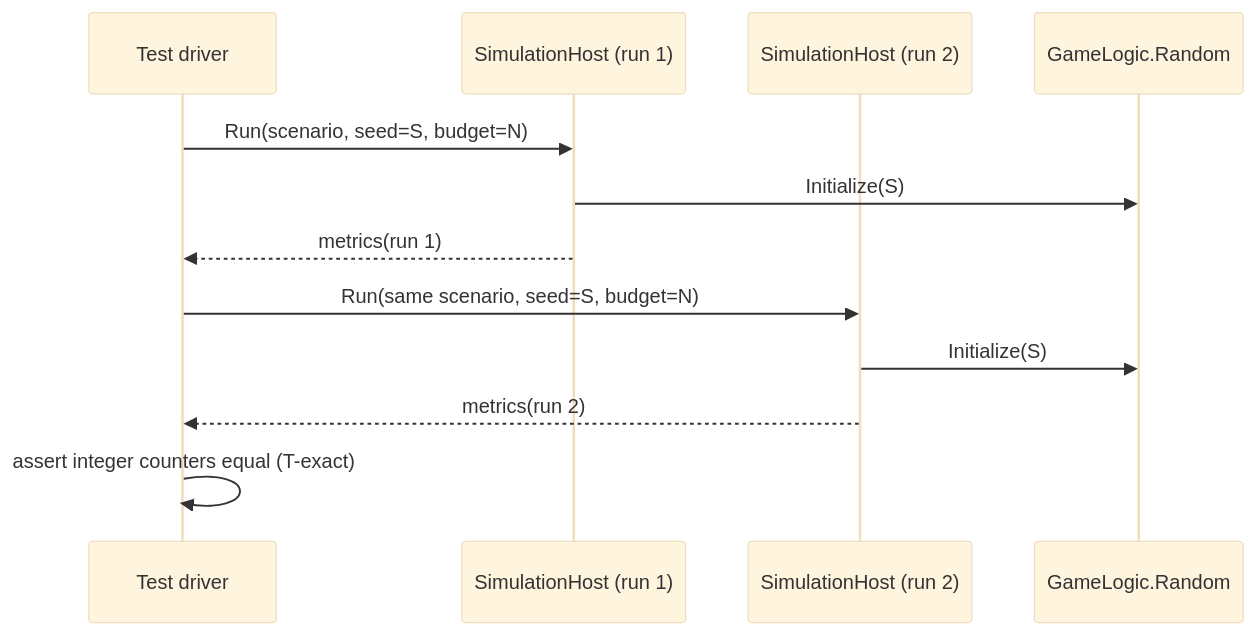
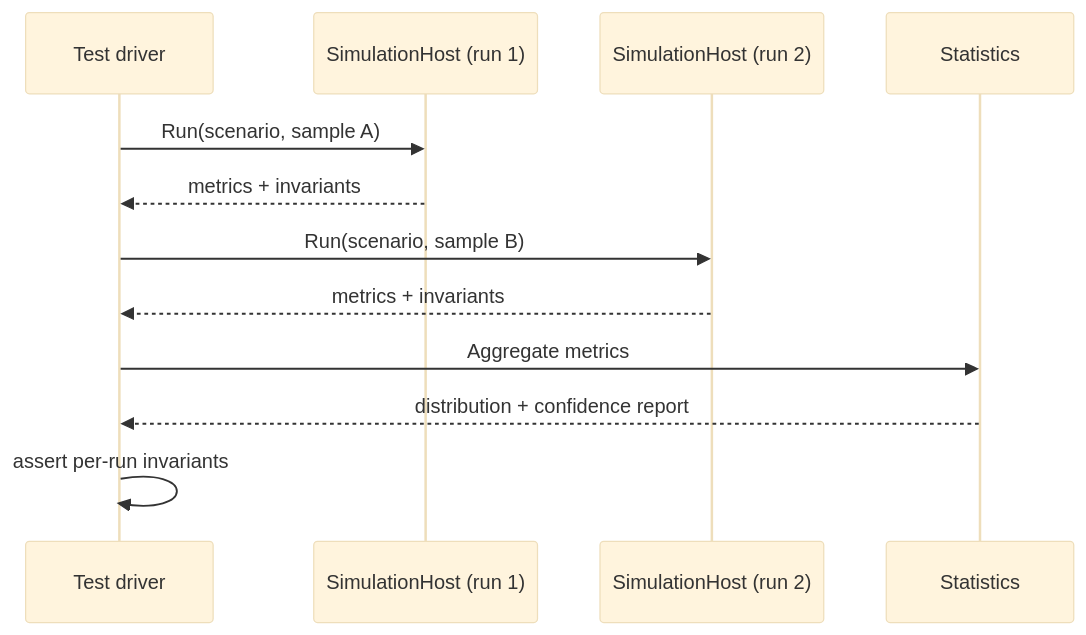
The second of 2 diagrams in docs/roadmap/deep-dives/a2-reproducibility.md (rmessinger/Panopticon), drawn with Mermaid (base theme) before and after one commit. The commit also changed other lines of this file and 57 other files, not shown here.

First line of the commit message:
docs: remove roadmap determinism requirements

````diff
--- a/docs/roadmap/deep-dives/a2-reproducibility.md
+++ b/docs/roadmap/deep-dives/a2-reproducibility.md
@@ -136,15 +120,15 @@
 ```mermaid
 sequenceDiagram
   participant Driver as Test driver
   participant HostA as SimulationHost (run 1)
   participant HostB as SimulationHost (run 2)
-  participant GL as GameLogic.Random
+  participant Stats as Statistics
 
-  Driver->>HostA: Run(scenario, seed=S, budget=N)
-  HostA->>GL: Initialize(S)
-  HostA-->>Driver: metrics(run 1)
-  Driver->>HostB: Run(same scenario, seed=S, budget=N)
-  HostB->>GL: Initialize(S)
-  HostB-->>Driver: metrics(run 2)
-  Driver->>Driver: assert integer counters equal (T-exact)
+  Driver->>HostA: Run(scenario, sample A)
+  HostA-->>Driver: metrics + invariants
+  Driver->>HostB: Run(scenario, sample B)
+  HostB-->>Driver: metrics + invariants
+  Driver->>Stats: Aggregate metrics
+  Stats-->>Driver: distribution + confidence report
+  Driver->>Driver: assert per-run invariants
 ```
````
